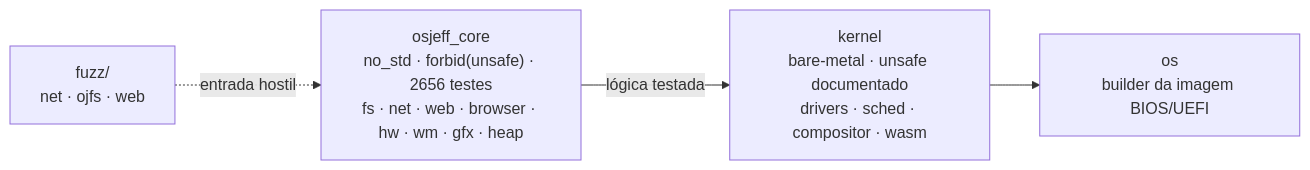
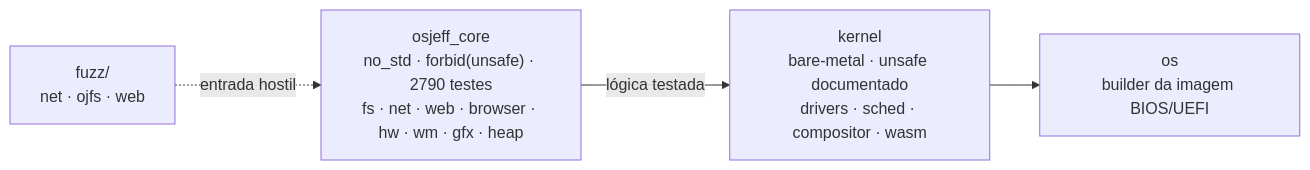
The diagram in README.md (Jeffinp/OSjeff), drawn with Mermaid before and after one commit. The commit also changed other lines of this file and 3 other files, not shown here.

````diff
--- a/README.md
+++ b/README.md
@@ -98,9 +98,9 @@
 ```mermaid
 flowchart LR
-    CORE["osjeff_core<br/>no_std · forbid(unsafe) · 2656 testes<br/>fs · net · web · browser · hw · wm · gfx · heap"]
+    CORE["osjeff_core<br/>no_std · forbid(unsafe) · 2790 testes<br/>fs · net · web · browser · hw · wm · gfx · heap"]
     KERNEL["kernel<br/>bare-metal · unsafe documentado<br/>drivers · sched · compositor · wasm"]
     OS["os<br/>builder da imagem BIOS/UEFI"]
     FUZZ["fuzz/<br/>net · ojfs · web"]
     CORE -->|lógica testada| KERNEL --> OS
     FUZZ -.->|entrada hostil| CORE
 ```
````
